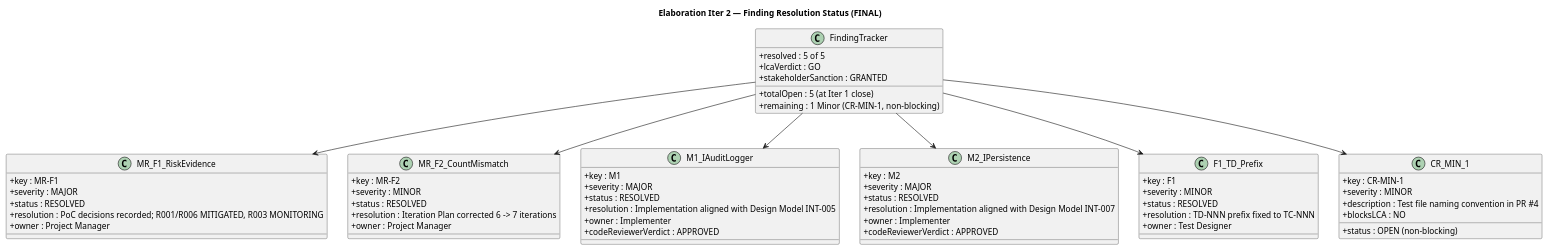
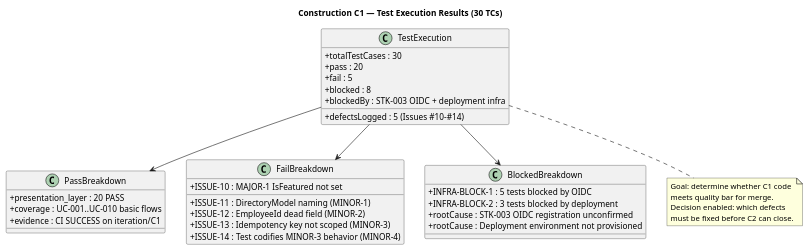
The third of 3 diagrams in docs/artifacts/project-management/iteration-assessment.md (banense-test/portal-cuba-corp), drawn with PlantUML before and after one commit. The commit also changed other lines of this file, not shown here.

First line of the commit message:
Project Manager [C1]: upsert Iteration Assessment

````diff
--- a/docs/artifacts/project-management/iteration-assessment.md
+++ b/docs/artifacts/project-management/iteration-assessment.md
@@ -237,73 +234,49 @@
 ```plantuml
 @startuml
-title Elaboration Iter 2 — Finding Resolution Status (FINAL)
+title Construction C1 — Test Execution Results (30 TCs)
 
 skinparam classAttributeIconSize 0
 
-class FindingTracker {
-  + totalOpen : 5 (at Iter 1 close)
-  + resolved : 5 of 5
-  + remaining : 1 Minor (CR-MIN-1, non-blocking)
-  + lcaVerdict : GO
-  + stakeholderSanction : GRANTED
+class TestExecution {
+  + totalTestCases : 30
+  + pass : 20
+  + fail : 5
+  + blocked : 8
+  + defectsLogged : 5 (Issues #10-#14)
+  + blockedBy : STK-003 OIDC + deployment infra
 }
 
-class MR_F1_RiskEvidence {
-  + key : MR-F1
-  + severity : MAJOR
-  + status : RESOLVED
-  + resolution : PoC decisions recorded; R001/R006 MITIGATED, R003 MONITORING
-  + owner : Project Manager
+class PassBreakdown {
+  + presentation_layer : 20 PASS
+  + coverage : UC-001..UC-010 basic flows
+  + evidence : CI SUCCESS on iteration/C1
 }
 
-class MR_F2_CountMismatch {
-  + key : MR-F2
-  + severity : MINOR
-  + status : RESOLVED
-  + resolution : Iteration Plan corrected 6 -> 7 iterations
-  + owner : Project Manager
+class FailBreakdown {
+  + ISSUE-10 : MAJOR-1 IsFeatured not set
+  + ISSUE-11 : DirectoryModel naming (MINOR-1)
+  + ISSUE-12 : EmployeeId dead field (MINOR-2)
+  + ISSUE-13 : Idempotency key not scoped (MINOR-3)
+  + ISSUE-14 : Test codifies MINOR-3 behavior (MINOR-4)
 }
 
-class M1_IAuditLogger {
-  + key : M1
-  + severity : MAJOR
-  + status : RESOLVED
-  + resolution : Implementation aligned with Design Model INT-005
-  + owner : Implementer
-  + codeReviewerVerdict : APPROVED
+class BlockedBreakdown {
+  + INFRA-BLOCK-1 : 5 tests blocked by OIDC
+  + INFRA-BLOCK-2 : 3 tests blocked by deployment
+  + rootCause : STK-003 OIDC registration unconfirmed
+  + rootCause : Deployment environment not provisioned
 }
 
-class M2_IPersistence {
-  + key : M2
-  + severity : MAJOR
-  + status : RESOLVED
-  + resolution : Implementation aligned with Design Model INT-007
-  + owner : Implementer
-  + codeReviewerVerdict : APPROVED
-}
+TestExecution --> PassBreakdown
+TestExecution --> FailBreakdown
+TestExecution --> BlockedBreakdown
 
-class F1_TD_Prefix {
-  + key : F1
-  + severity : MINOR
-  + status : RESOLVED
-  + resolution : TD-NNN prefix fixed to TC-NNN
-  + owner : Test Designer
-}
-
-class CR_MIN_1 {
-  + key : CR-MIN-1
-  + severity : MINOR
-  + status : OPEN (non-blocking)
-  + description : Test file naming convention in PR #4
-  + blocksLCA : NO
-}
-
-FindingTracker --> MR_F1_RiskEvidence
-FindingTracker --> MR_F2_CountMismatch
-FindingTracker --> M1_IAuditLogger
-FindingTracker --> M2_IPersistence
-FindingTracker --> F1_TD_Prefix
-FindingTracker --> CR_MIN_1
+note bottom of TestExecution
+  Goal: determine whether C1 code
+  meets quality bar for merge.
+  Decision enabled: which defects
+  must be fixed before C2 can close.
+end note
 
 @enduml
 ```
````
